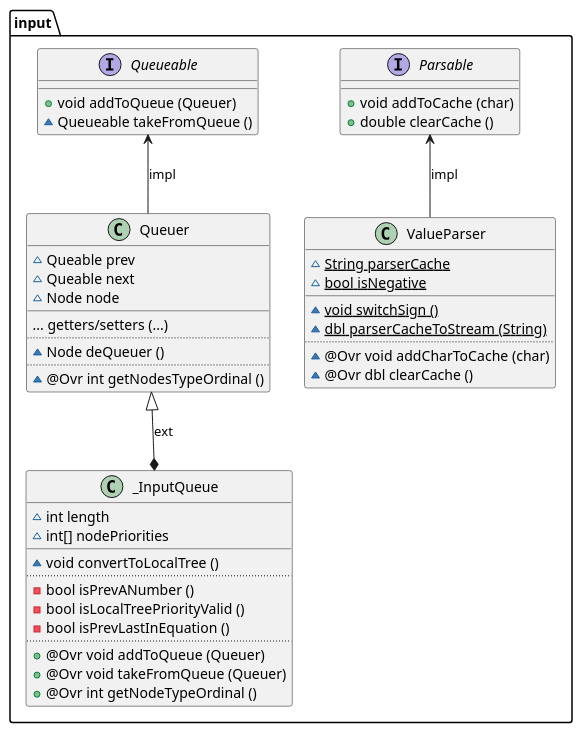
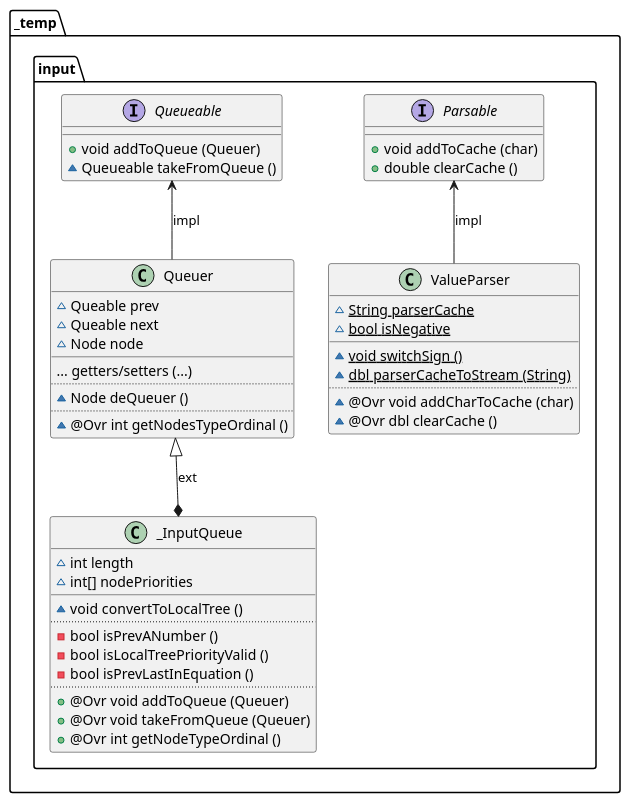
Before and after one commit to vitalispopoff/calculator: the diagram in src/main/resources/package_input_structure.puml, drawn with PlantUML. The commit also changed 78 other files, not shown here.

```diff
--- a/src/main/resources/package_input_structure.puml
+++ b/src/main/resources/package_input_structure.puml
@@ -1,60 +1,60 @@
 @startuml
 
-package input{
+package _temp.input{
 
     interface Parsable{
             +  {method} void addToCache (char)
             +  {method} double clearCache ()
     }
 
     class ValueParser{
             ~   {field}  {static} String parserCache
             ~   {field}  {static} bool isNegative
         __
             ~   {method} {static} void switchSign ()
             ~   {method} {static} dbl parserCacheToStream (String)
         ..
             ~   {method} @Ovr void addCharToCache (char)
             ~   {method} @Ovr dbl clearCache ()
     }
 
     interface Queueable{
             +   {method} void addToQueue (Queuer)
             ~   {method} Queueable takeFromQueue ()
     }
 
     class _InputQueue{
             ~   {field}  int length
             ~   {field}  int[] nodePriorities
         __
 '            ~   {method} dbl solveEquation ()
             ~   {method} void convertToLocalTree ()
         ..
             -   {method} bool isPrevANumber ()
             -   {method} bool isLocalTreePriorityValid ()
             -   {method} bool isPrevLastInEquation ()
         ..
             +   {method} @Ovr void addToQueue (Queuer)
             +   {method} @Ovr void takeFromQueue (Queuer)
             +   {method} @Ovr int getNodeTypeOrdinal ()
     }
 
     class Queuer{
             ~   {field}  Queable prev
             ~   {field}  Queable next
             ~   {field}  Node node
         __
                 {method} ... getters/setters (...)
         ..
             ~   {method} Node deQueuer ()
         ..
             ~   {method} @Ovr int getNodesTypeOrdinal ()
 '            +   {method} @Ovr void addToQueue (Queuer)
 '            +   {method} @Ovr Queueable takeFromeQueue ()
     }
 
     Parsable        <--     ValueParser     : impl
     Queuer          <|--*   _InputQueue     : ext
     Queueable       <--     Queuer          : impl
 
 @enduml
```
